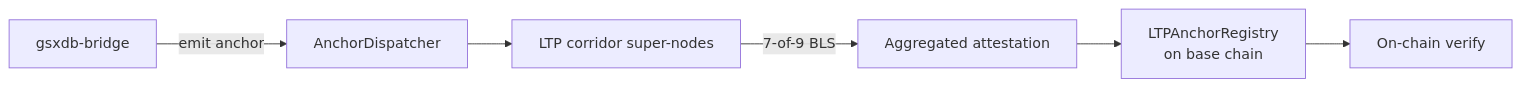
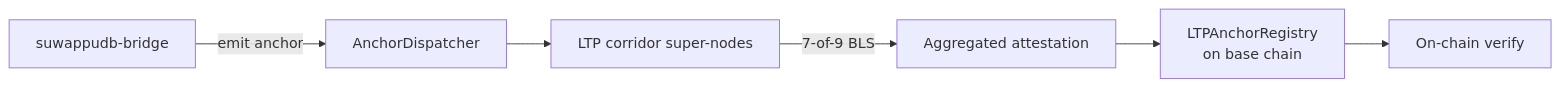
The diagram in docs/visuals/mermaid/anchor-lifecycle.md (nanofaxcopy/suwappu-lattice-protocol), drawn with Mermaid before and after one commit. The commit also changed 164 other files, not shown here.

````diff
--- a/docs/visuals/mermaid/anchor-lifecycle.md
+++ b/docs/visuals/mermaid/anchor-lifecycle.md
@@ -3,8 +3,8 @@
 ```mermaid
 flowchart LR
-  DB[gsxdb-bridge] -->|emit anchor| Disp[AnchorDispatcher]
+  DB[suwappudb-bridge] -->|emit anchor| Disp[AnchorDispatcher]
   Disp --> Corr[LTP corridor super-nodes]
   Corr -->|7-of-9 BLS| Agg[Aggregated attestation]
   Agg --> Reg[LTPAnchorRegistry<br/>on base chain]
   Reg --> Verify[On-chain verify]
 ```
````
